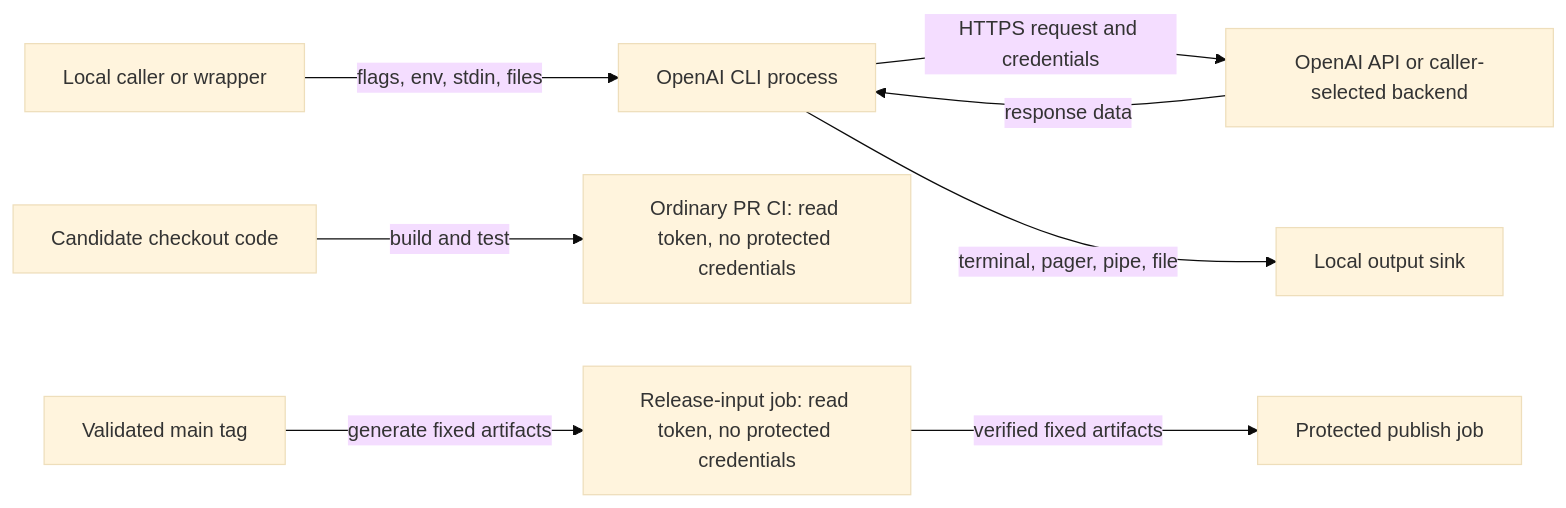
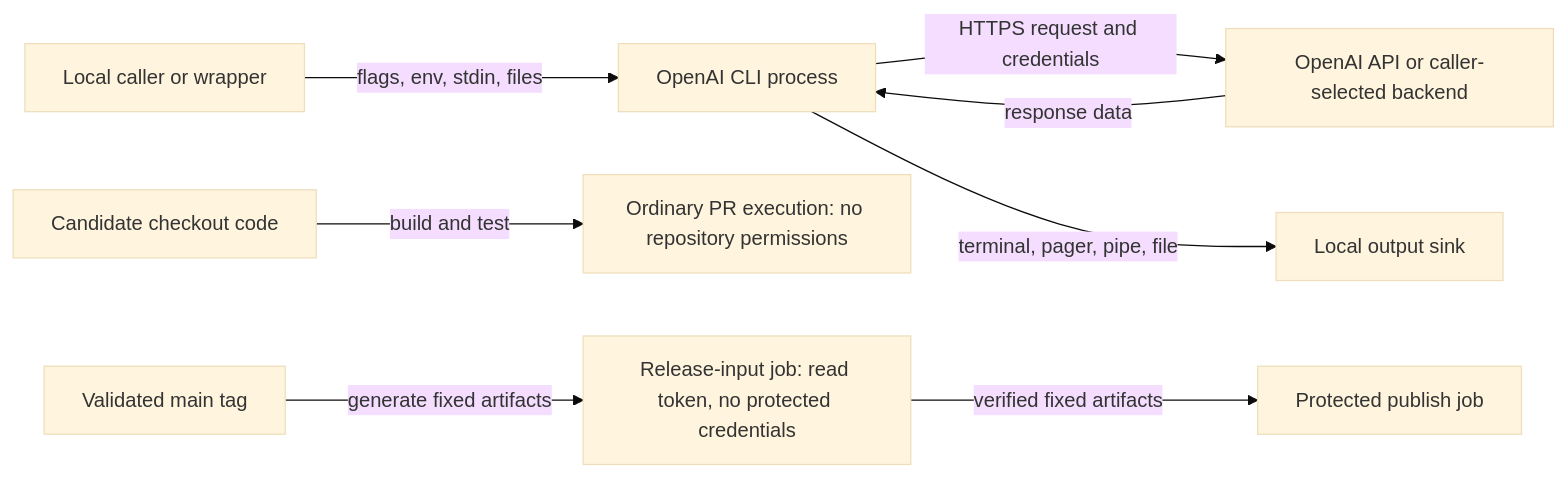
The diagram in docs/architecture/security-model.md (Tmwakalasya/openai-cli), drawn with Mermaid (base theme) before and after one commit. The commit also changed other lines of this file and 13 other files, not shown here.

````diff
--- a/docs/architecture/security-model.md
+++ b/docs/architecture/security-model.md
@@ -36,10 +36,10 @@
 ```mermaid
 flowchart LR
   caller[Local caller or wrapper] -->|flags, env, stdin, files| cli[OpenAI CLI process]
   cli -->|HTTPS request and credentials| api[OpenAI API or caller-selected backend]
   api -->|response data| cli
   cli -->|terminal, pager, pipe, file| sink[Local output sink]
-  pr[Candidate checkout code] -->|build and test| ci[Ordinary PR CI: read token, no protected credentials]
+  pr[Candidate checkout code] -->|build and test| ci[Ordinary PR execution: no repository permissions]
   tag[Validated main tag] -->|generate fixed artifacts| inputs[Release-input job: read token, no protected credentials]
   inputs -->|verified fixed artifacts| publish[Protected publish job]
 ```
````
